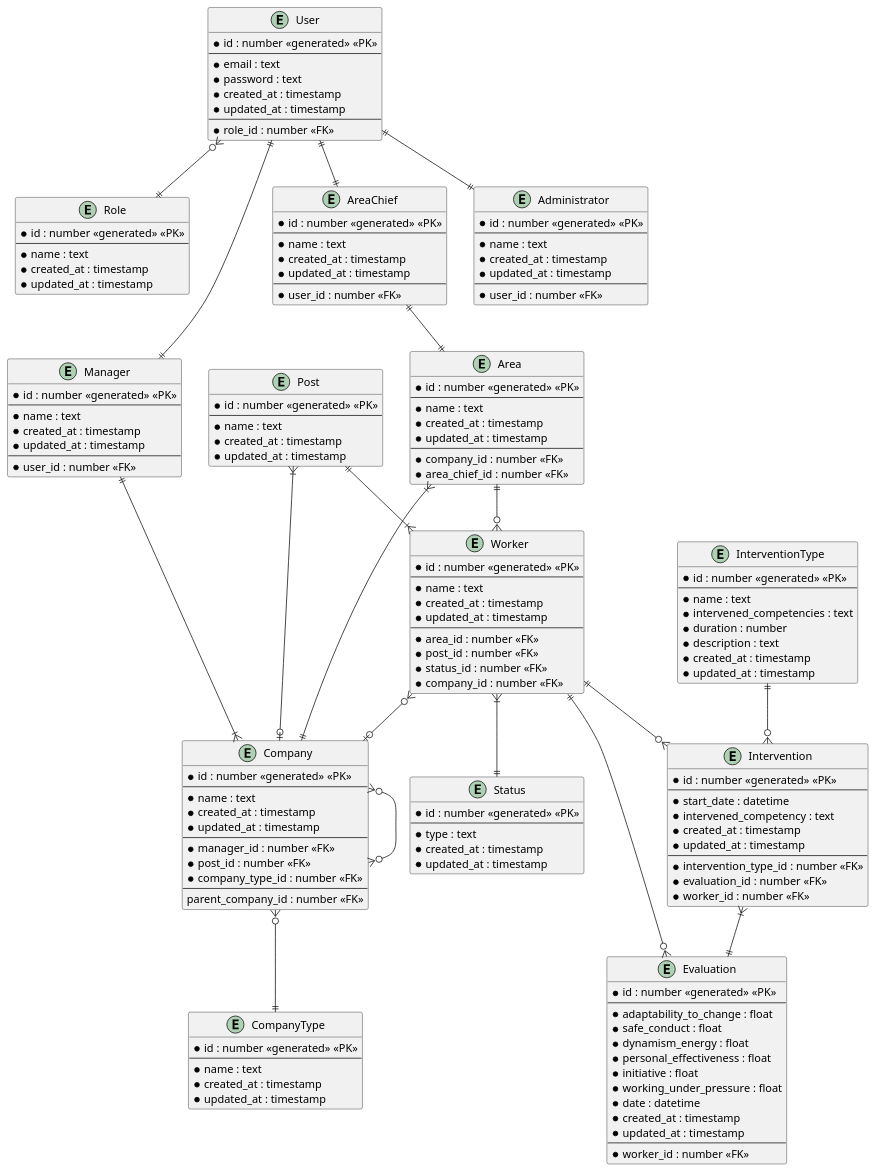
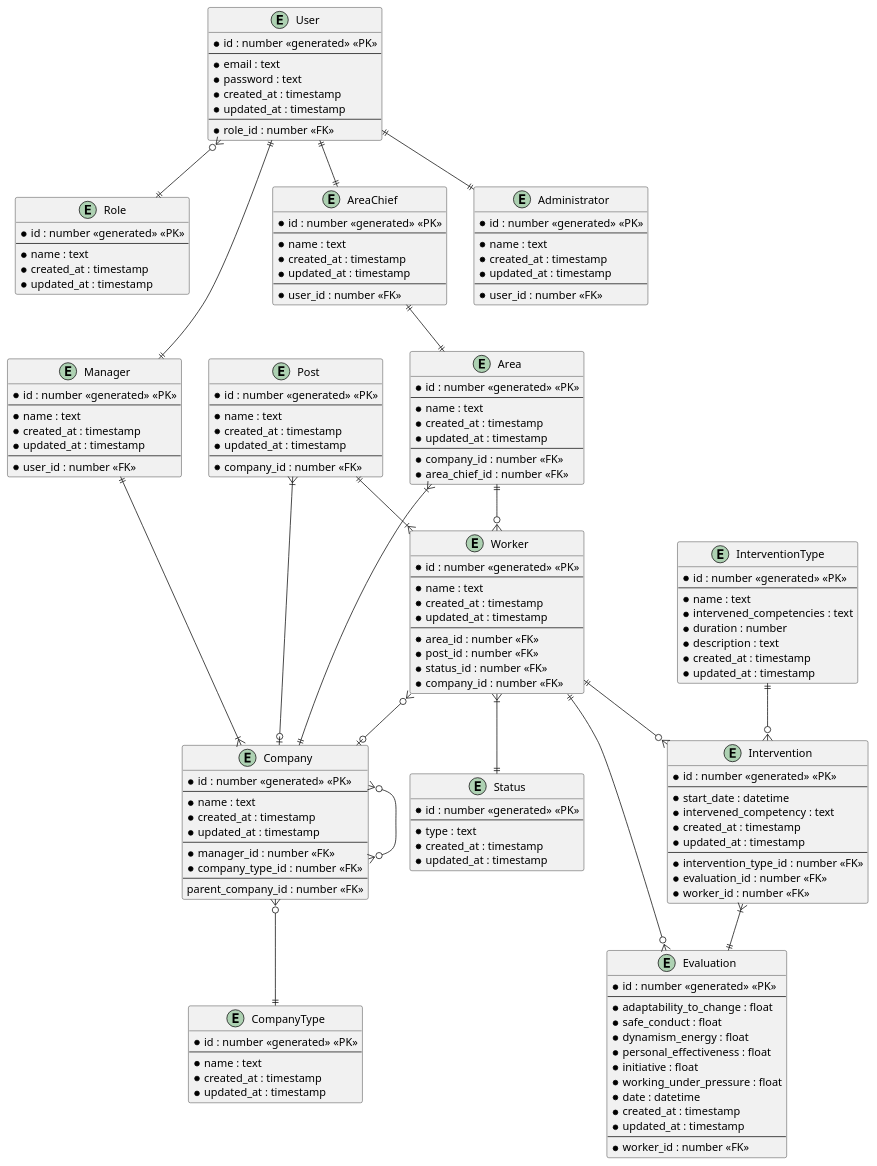
Before and after one commit to noctulitos-hackadisc/backend-hackadisc: the diagram in docs/ER.puml, drawn with PlantUML. The commit also changed 2 other files, not shown here.

Commit message:
fix: adjust migrations and models to the ER diagram

```diff
--- a/docs/ER.puml
+++ b/docs/ER.puml
@@ -1,181 +1,182 @@
 @startuml ER-Diagram
 hide empty methods
 
 entity User {
     * id : number <<generated>> <<PK>>
     --
     * email : text
     * password : text
     * created_at : timestamp
     * updated_at : timestamp
     --
     *role_id : number <<FK>>
 }
 
 entity Role {
     * id : number <<generated>> <<PK>>
     --
     * name : text
     * created_at : timestamp
     * updated_at : timestamp
 }
 
 entity Manager {
     * id : number <<generated>> <<PK>>
     --
     * name : text
     * created_at : timestamp
     * updated_at : timestamp
     --
     * user_id : number <<FK>>
 }
 
 entity AreaChief {
     * id : number <<generated>> <<PK>>
     --
     * name : text
     * created_at : timestamp
     * updated_at : timestamp
     --
     * user_id : number <<FK>>
 }
 
 entity Administrator {
     * id : number <<generated>> <<PK>>
     --
     * name : text
     * created_at : timestamp
     * updated_at : timestamp
     --
     * user_id : number <<FK>>
 }
 
 entity Company {
     * id : number <<generated>> <<PK>>
     --
     * name : text
     * created_at : timestamp
     * updated_at : timestamp
     --
     * manager_id : number <<FK>>
-    * post_id : number <<FK>>
     * company_type_id : number <<FK>>
     --
     parent_company_id : number <<FK>>
 }
 
 entity CompanyType {
     * id : number <<generated>> <<PK>>
     --
     * name : text
     * created_at : timestamp
     * updated_at : timestamp
 }
 
 entity Area {
     * id : number <<generated>> <<PK>>
     --
     * name : text
     * created_at : timestamp
     * updated_at : timestamp
     --
     * company_id : number <<FK>>
     * area_chief_id : number <<FK>>
 }
 
 entity Post {
     * id : number <<generated>> <<PK>>
     --
     * name : text
     * created_at : timestamp
     * updated_at : timestamp
+    --
+    * company_id : number <<FK>>
 }
 
 entity Worker {
     * id : number <<generated>> <<PK>>
     --
     * name : text
     * created_at : timestamp
     * updated_at : timestamp
     --
     * area_id : number <<FK>>
     * post_id : number <<FK>>
     * status_id : number <<FK>>
     * company_id : number <<FK>>
 }
 
 entity Status {
     * id : number <<generated>> <<PK>>
     --
     * type : text
     * created_at : timestamp
     * updated_at : timestamp
 }
 
 entity Evaluation {
     * id : number <<generated>> <<PK>>
     --
     * adaptability_to_change : float
     * safe_conduct : float
     * dynamism_energy : float
     * personal_effectiveness : float
     * initiative : float
     * working_under_pressure : float
     * date : datetime
     * created_at : timestamp
     * updated_at : timestamp
     --
     * worker_id : number <<FK>>
 }
 
 entity Intervention {
     * id : number <<generated>> <<PK>>
     --
     * start_date : datetime
     * intervened_competency : text
     * created_at : timestamp
     * updated_at : timestamp
     --
     * intervention_type_id : number <<FK>>
     * evaluation_id : number <<FK>>
     * worker_id : number <<FK>>
 }
 
 entity InterventionType {
     * id : number <<generated>> <<PK>>
     --
     * name : text
     * intervened_competencies : text
     * duration : number
     * description : text
     * created_at : timestamp
     * updated_at : timestamp
 }
 
 Area }|--|| Company
 Worker }o--o| Company
 Manager ||--|{ Company
 Company }o--|| CompanyType
 
 Area ||--o{ Worker
 Post ||--|{ Worker
 
 Worker }|--|| Status
 
 Worker ||--o{ Evaluation
 Worker ||--o{ Intervention
 Intervention }|--|| Evaluation
 InterventionType ||--o{ Intervention
 
 Post }|--o| Company
 
 User }o--|| Role
 User ||--|| Manager
 User ||--|| AreaChief
 User ||--|| Administrator
 
 AreaChief ||--|| Area
 
 Company }o--o{ Company
 
 @enduml
```
